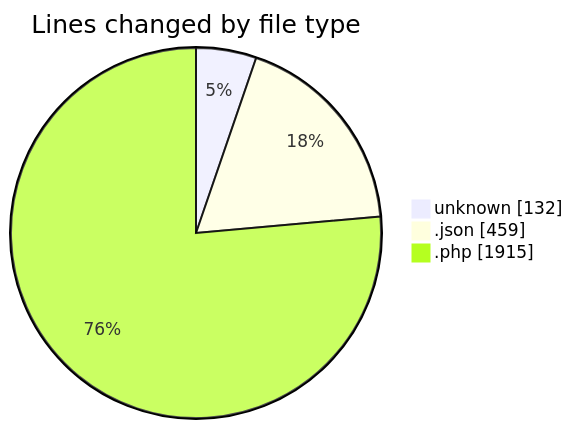
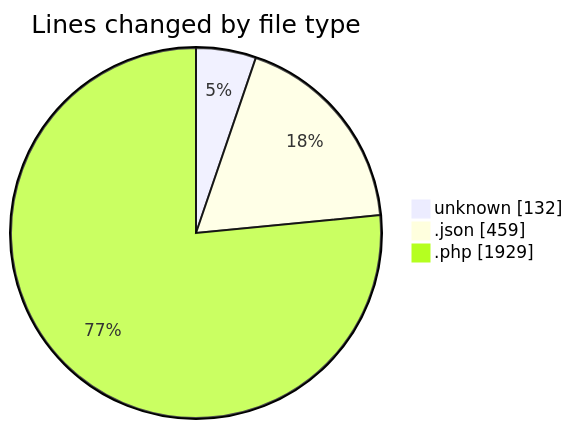
The first of 2 diagrams in 2025-03-26/autodidak/README.md (idhammustaqopulfikri/code-tracking), drawn with Mermaid before and after one commit. The commit also changed other lines of this file and 1 other file, not shown here.

````diff
--- a/2025-03-26/autodidak/README.md
+++ b/2025-03-26/autodidak/README.md
@@ -32,7 +33,7 @@
 ```mermaid
 pie showData
 title Lines changed by file type
 "unknown" : 132
 ".json" : 459
-".php" : 1915
+".php" : 1929
 ```
````
